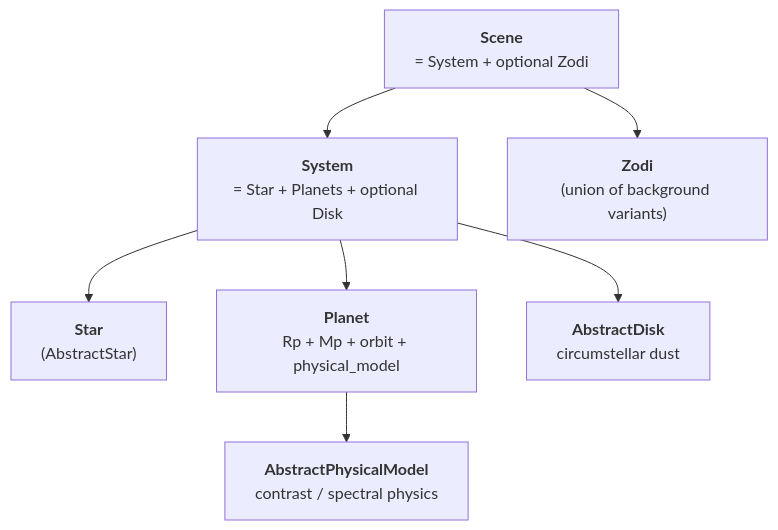
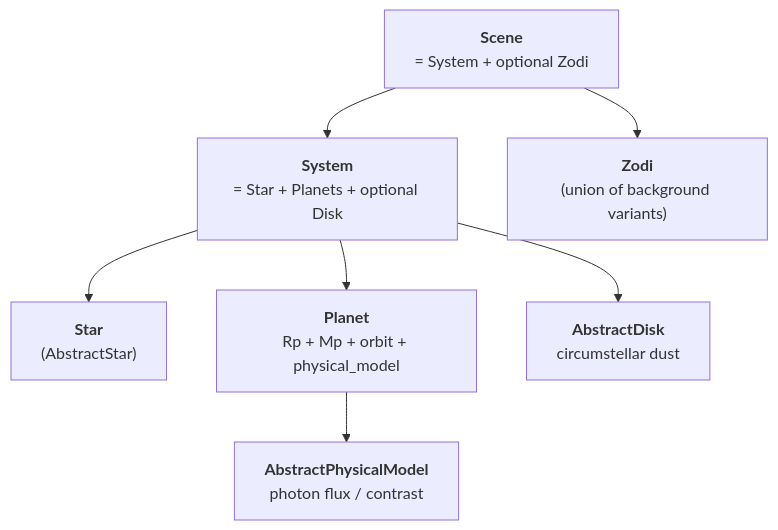
Before and after one commit to CoreySpohn/skyscapes: the diagram in docs/explanation/source_models.md, drawn with Mermaid. The commit also changed other lines of this file and 16 other files, not shown here.

Commit message:
feat(physical_model): planet flux is the primary quantity; a sum model carries reflected and thermal light

````diff
--- a/docs/explanation/source_models.md
+++ b/docs/explanation/source_models.md
@@ -18,17 +18,17 @@
 ```mermaid
 flowchart TB
     Scene["<b>Scene</b><br/>= System + optional Zodi"]
     System["<b>System</b><br/>= Star + Planets + optional Disk"]
     Star["<b>Star</b><br/>(AbstractStar)"]
     Planet["<b>Planet</b><br/>Rp + Mp + orbit + physical_model"]
     Disk["<b>AbstractDisk</b><br/>circumstellar dust"]
     Zodi["<b>Zodi</b><br/>(union of background variants)"]
-    PM["<b>AbstractPhysicalModel</b><br/>contrast / spectral physics"]
+    PM["<b>AbstractPhysicalModel</b><br/>photon flux / contrast"]
 
     Scene --> System
     Scene --> Zodi
     System --> Star
     System --> Planet
     System --> Disk
     Planet --> PM
 ```
````
